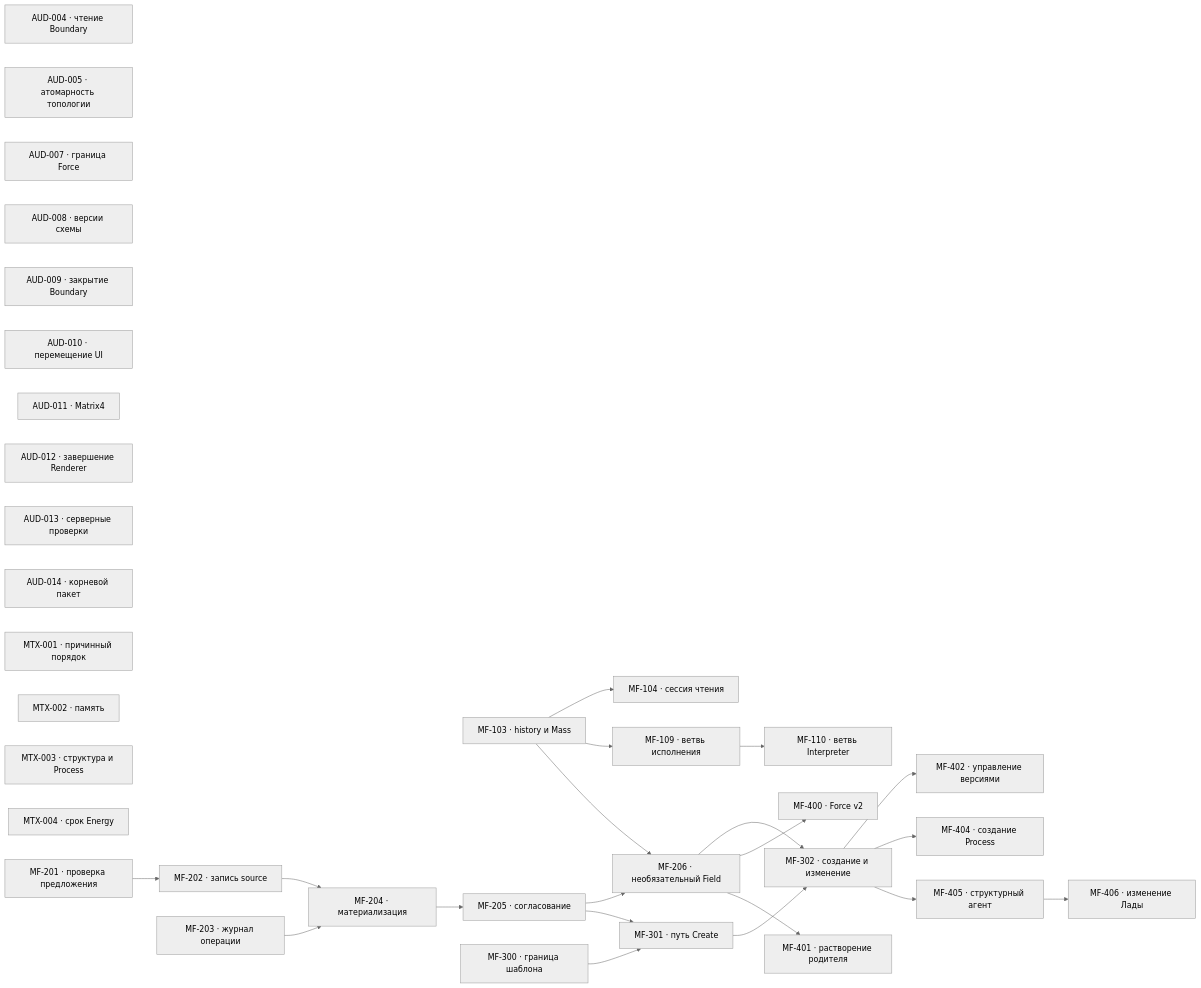
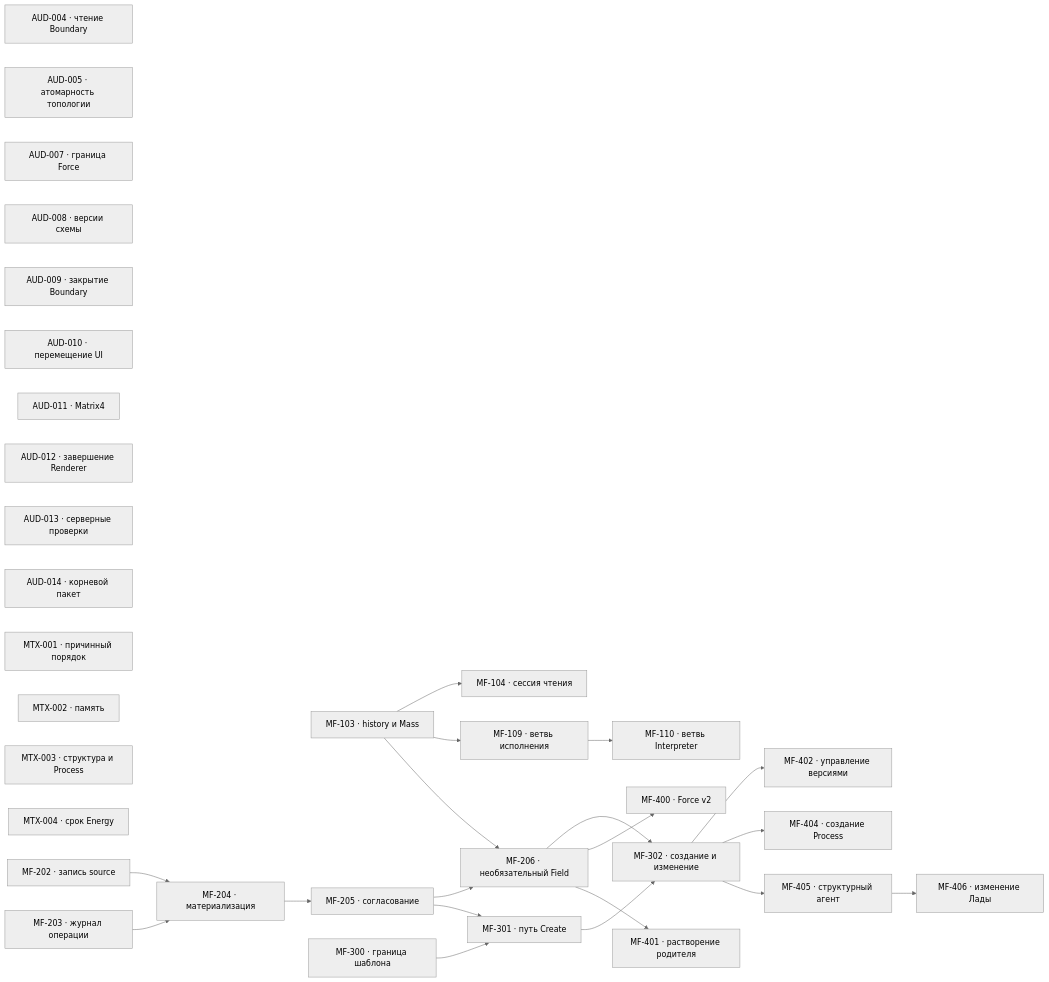
One commit to zavx0z/metafor changed the diagram in project/TODO.md. Above: the diagram before and after it, drawn with Mermaid (neutral theme). The commit also changed other lines of this file and 1 other file, not shown here.

````diff
--- a/project/TODO.md
+++ b/project/TODO.md
@@ -13,56 +13,54 @@
 ```mermaid
 flowchart LR
     AUD004["AUD-004 · чтение Boundary"]
     AUD005["AUD-005 · атомарность топологии"]
     AUD007["AUD-007 · граница Force"]
     AUD008["AUD-008 · версии схемы"]
     AUD009["AUD-009 · закрытие Boundary"]
     AUD010["AUD-010 · перемещение UI"]
     AUD011["AUD-011 · Matrix4"]
     AUD012["AUD-012 · завершение Renderer"]
     AUD013["AUD-013 · серверные проверки"]
     AUD014["AUD-014 · корневой пакет"]
     MTX001["MTX-001 · причинный порядок"]
     MTX002["MTX-002 · память"]
     MTX003["MTX-003 · структура и Process"]
     MTX004["MTX-004 · срок Energy"]
     MF103["MF-103 · history и Mass"]
     MF104["MF-104 · сессия чтения"]
     MF109["MF-109 · ветвь исполнения"]
     MF110["MF-110 · ветвь Interpreter"]
-    MF201["MF-201 · проверка предложения"]
     MF202["MF-202 · запись source"]
     MF203["MF-203 · журнал операции"]
     MF204["MF-204 · материализация"]
     MF205["MF-205 · согласование"]
     MF206["MF-206 · необязательный Field"]
     MF300["MF-300 · граница шаблона"]
     MF301["MF-301 · путь Create"]
     MF302["MF-302 · создание и изменение"]
     MF400["MF-400 · Force v2"]
     MF401["MF-401 · растворение родителя"]
     MF402["MF-402 · управление версиями"]
     MF404["MF-404 · создание Process"]
     MF405["MF-405 · структурный агент"]
     MF406["MF-406 · изменение Лады"]
 
     MF103 --> MF104
     MF103 --> MF109
     MF109 --> MF110
-    MF201 --> MF202
     MF202 --> MF204
     MF203 --> MF204
     MF204 --> MF205
     MF205 --> MF206
     MF103 --> MF206
     MF300 --> MF301
     MF205 --> MF301
     MF301 --> MF302
     MF206 --> MF302
     MF206 --> MF400
     MF206 --> MF401
     MF302 --> MF402
     MF302 --> MF404
     MF302 --> MF405
     MF405 --> MF406
 ```
````
